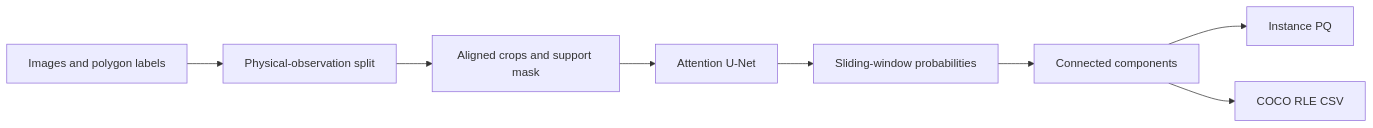
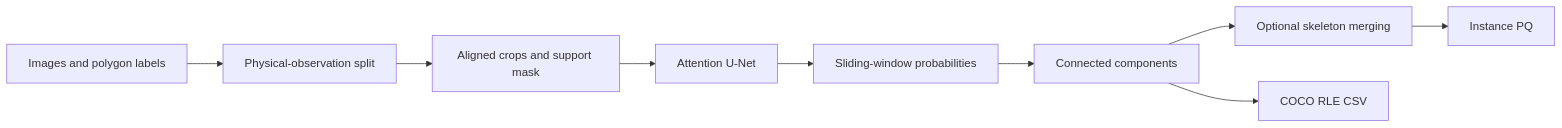
The diagram in README.md (ugurk-0/Solar-Filament-Segmentation-Challenge-2026), drawn with Mermaid before and after one commit. The commit also changed other lines of this file and 2 other files, not shown here.

````diff
--- a/README.md
+++ b/README.md
@@ -75,10 +67,11 @@
 ```mermaid
 flowchart LR
     A[Images and polygon labels] --> B[Physical-observation split]
     B --> C[Aligned crops and support mask]
     C --> D[Attention U-Net]
     D --> E[Sliding-window probabilities]
     E --> F[Connected components]
-    F --> G[Instance PQ]
+    F --> G[Optional skeleton merging]
+    G --> I[Instance PQ]
     F --> H[COCO RLE CSV]
 ```
````
